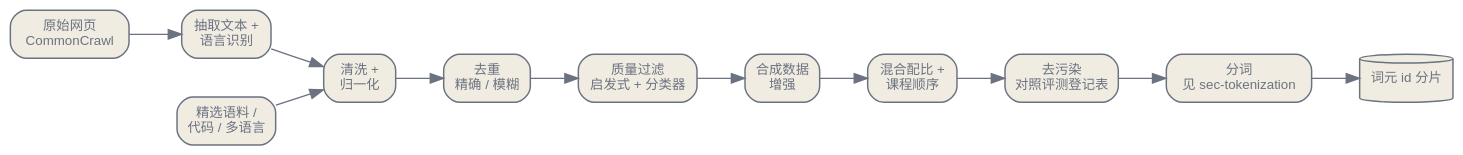
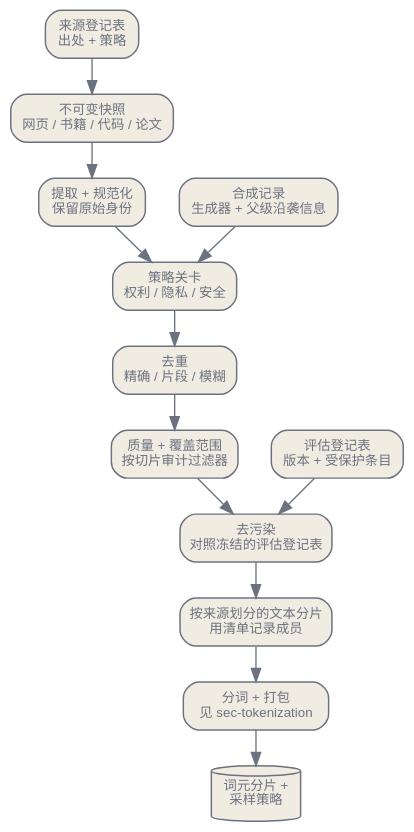
The diagram in zh/foundations/02-data-curation.qmd (latere-ai/ai-as-an-infrastructure), drawn with Graphviz before and after one commit. The commit also changed other lines of this file and 3 other files, not shown here.

````diff
--- a/zh/foundations/02-data-curation.qmd
+++ b/zh/foundations/02-data-curation.qmd
@@ -19,32 +26,28 @@
 ```{dot}
 //| label: fig-data-curation-pipeline
-//| fig-cap: "筛选流水线是一连串逐级收窄的过滤器，最廉价的削减最先进行，最终落到词元 id 分片。每一阶段都是一次可审计的交接。"
+//| fig-cap: "一条可追溯的数据筛选流水线。每种来源都带着出处进入流水线，合成记录保留父级沿袭信息，冻结的评估登记表则在分词前约束去污染。"
 digraph {
   bgcolor="transparent";
-  rankdir=LR;
-  nodesep=0.4; ranksep=0.5;
+  rankdir=TB;
+  nodesep=0.35; ranksep=0.38;
   node [shape=box, style="rounded,filled", fontname="Helvetica", fontsize=10, color="#6b7280", fontcolor="#6b7280", fillcolor="#f1ece1", penwidth=1.1];
-  edge [fontsize=10, fontname="Helvetica", color="#6b7280", fontcolor="#6b7280"];
-  A [label="原始网页\nCommonCrawl"];
-  B [label="抽取文本 +\n语言识别"];
-  C [label="精选语料 /\n代码 / 多语言"];
-  D [label="清洗 +\n归一化"];
-  E [label="去重\n精确 / 模糊"];
-  F [label="质量过滤\n启发式 + 分类器"];
-  G [label="合成数据\n增强"];
-  H [label="混合配比 +\n课程顺序"];
-  I [label="去污染\n对照评测登记表"];
-  J [label="分词\n见 sec-tokenization"];
-  K [label="词元 id 分片", shape=cylinder];
-  A -> B;
-  C -> D;
-  B -> D;
-  D -> E;
-  E -> F;
-  F -> G;
-  G -> H;
-  H -> I;
-  I -> J;
-  J -> K;
+  edge [fontsize=9, fontname="Helvetica", color="#6b7280", fontcolor="#6b7280"];
+
+  A [label="来源登记表\n出处 + 策略"];
+  B [label="不可变快照\n网页 / 书籍 / 代码 / 论文"];
+  C [label="提取 + 规范化\n保留原始身份"];
+  D [label="策略关卡\n权利 / 隐私 / 安全"];
+  E [label="去重\n精确 / 片段 / 模糊"];
+  F [label="质量 + 覆盖范围\n按切片审计过滤器"];
+  G [label="去污染\n对照冻结的评估登记表"];
+  H [label="按来源划分的文本分片\n用清单记录成员"];
+  I [label="分词 + 打包\n见 sec-tokenization"];
+  J [label="词元分片 +\n采样策略", shape=cylinder];
+  S [label="合成记录\n生成器 + 父级沿袭信息"];
+  R [label="评估登记表\n版本 + 受保护条目"];
+
+  A -> B -> C -> D -> E -> F -> G -> H -> I -> J;
+  S -> D;
+  R -> G;
 }
 ```
````
